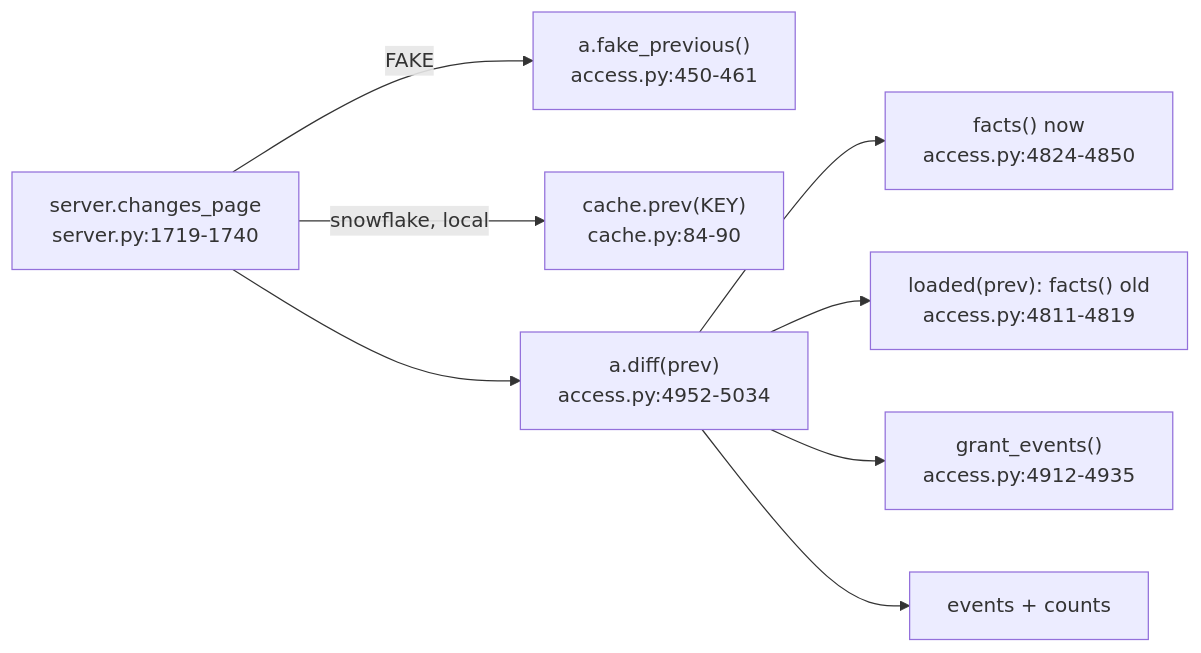
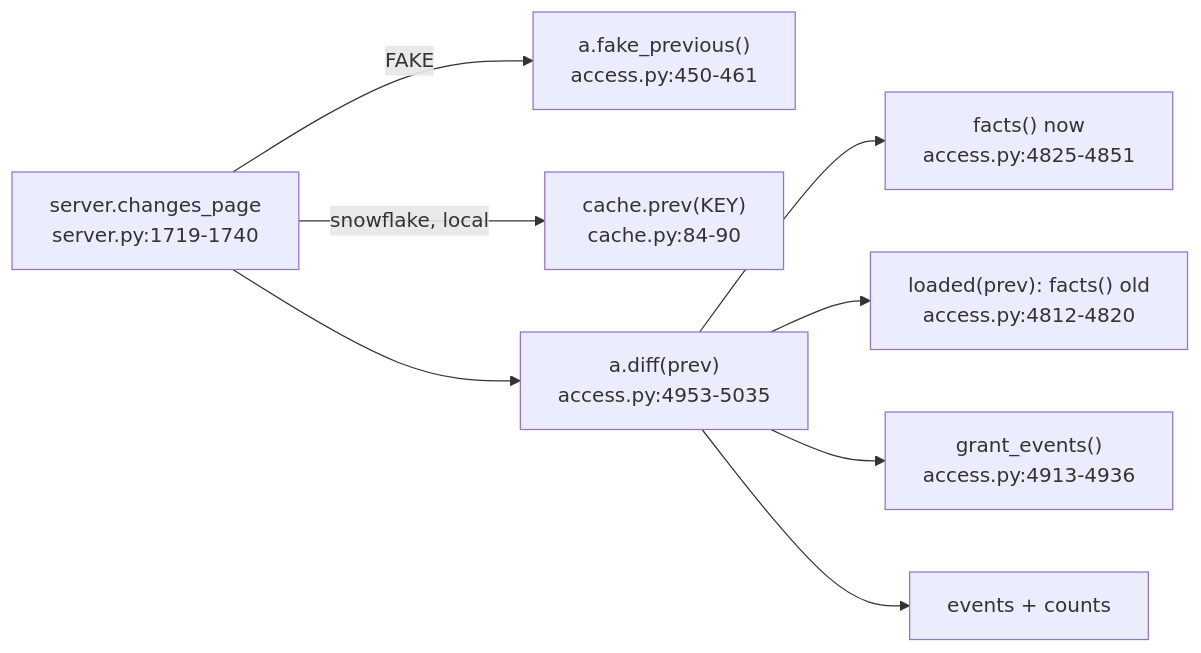
Before and after one commit to darshanmeel/snowflake-access-explorer: the diagram in snowflake-access-explorer-knowledge-graph/logic/diff.md, drawn with Mermaid. The commit also changed other lines of this file and 28 other files, not shown here.

Commit message:
Knowledge graph at 8e4e792 (section SQL fix), node lines synced

````diff
--- a/snowflake-access-explorer-knowledge-graph/logic/diff.md
+++ b/snowflake-access-explorer-knowledge-graph/logic/diff.md
@@ -6,10 +6,10 @@
 ```mermaid
 flowchart LR
   CP["server.changes_page<br/>server.py:1719-1740"] -->|FAKE| FP["a.fake_previous()<br/>access.py:450-461"]
   CP -->|snowflake, local| PR["cache.prev(KEY)<br/>cache.py:84-90"]
-  CP --> D["a.diff(prev)<br/>access.py:4952-5034"]
-  D --> FN["facts() now<br/>access.py:4824-4850"]
-  D --> LD["loaded(prev): facts() old<br/>access.py:4811-4819"]
-  D --> GE["grant_events()<br/>access.py:4912-4935"]
+  CP --> D["a.diff(prev)<br/>access.py:4953-5035"]
+  D --> FN["facts() now<br/>access.py:4825-4851"]
+  D --> LD["loaded(prev): facts() old<br/>access.py:4812-4820"]
+  D --> GE["grant_events()<br/>access.py:4913-4936"]
   D --> EV[events + counts]
 ```
````
